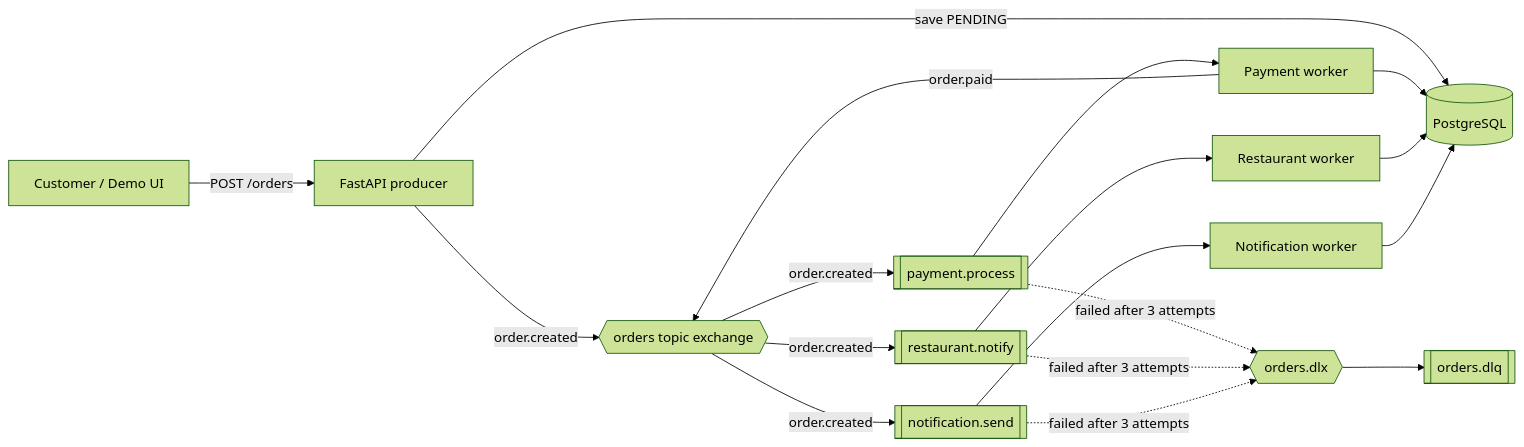
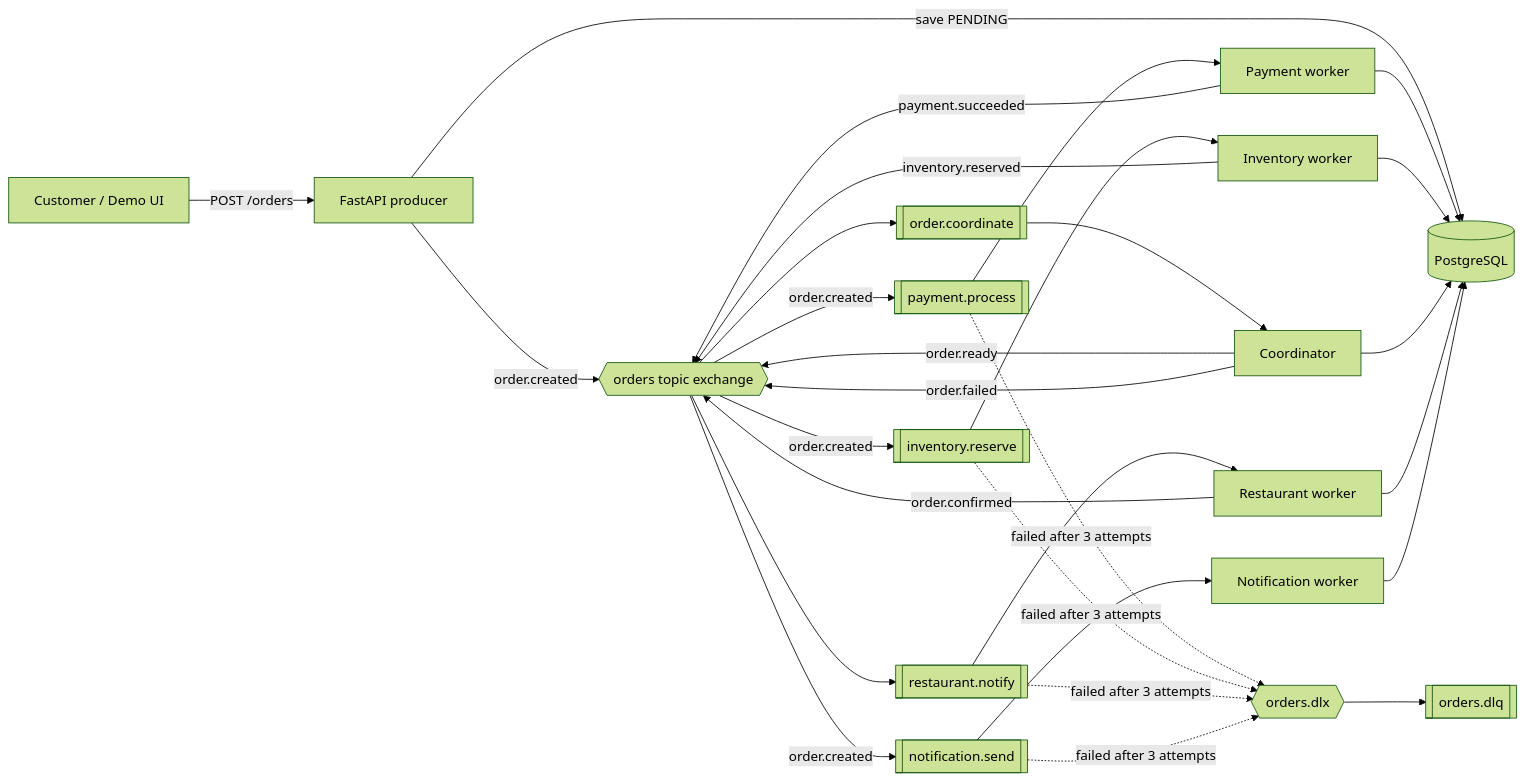
One commit to NyanCodes/food-delivery-rabbitmq changed the diagram in diagrams/architecture.mmd. Above: the diagram before and after it, drawn with Mermaid (forest theme). The commit also changed 29 other files, not shown here.

Commit message:
Implement coordinated payment and inventory workflow

```diff
--- a/diagrams/architecture.mmd
+++ b/diagrams/architecture.mmd
@@ -1,18 +1,27 @@
 flowchart LR
     C[Customer / Demo UI] -->|POST /orders| API[FastAPI producer]
     API -->|save PENDING| DB[(PostgreSQL)]
     API -->|order.created| EX{{orders topic exchange}}
     EX -->|order.created| PQ[[payment.process]]
-    EX -->|order.created| RQ[[restaurant.notify]]
+    EX -->|order.created| IQ[[inventory.reserve]]
     EX -->|order.created| NQ[[notification.send]]
     PQ --> PW[Payment worker]
-    RQ --> RW[Restaurant worker]
+    IQ --> IW[Inventory worker]
     NQ --> NW[Notification worker]
-    PW -->|order.paid| EX
+    PW -->|payment.succeeded| EX
+    IW -->|inventory.reserved| EX
+    EX --> CQ[[order.coordinate]] --> CW[Coordinator]
+    CW -->|order.ready| EX
+    EX --> RQ[[restaurant.notify]] --> RW[Restaurant worker]
+    RW -->|order.confirmed| EX
+    CW -->|order.failed| EX
     PW --> DB
+    IW --> DB
+    CW --> DB
     RW --> DB
     NW --> DB
     PQ -. failed after 3 attempts .-> DLX{{orders.dlx}}
+    IQ -. failed after 3 attempts .-> DLX
     RQ -. failed after 3 attempts .-> DLX
     NQ -. failed after 3 attempts .-> DLX
     DLX --> DLQ[[orders.dlq]]
```
